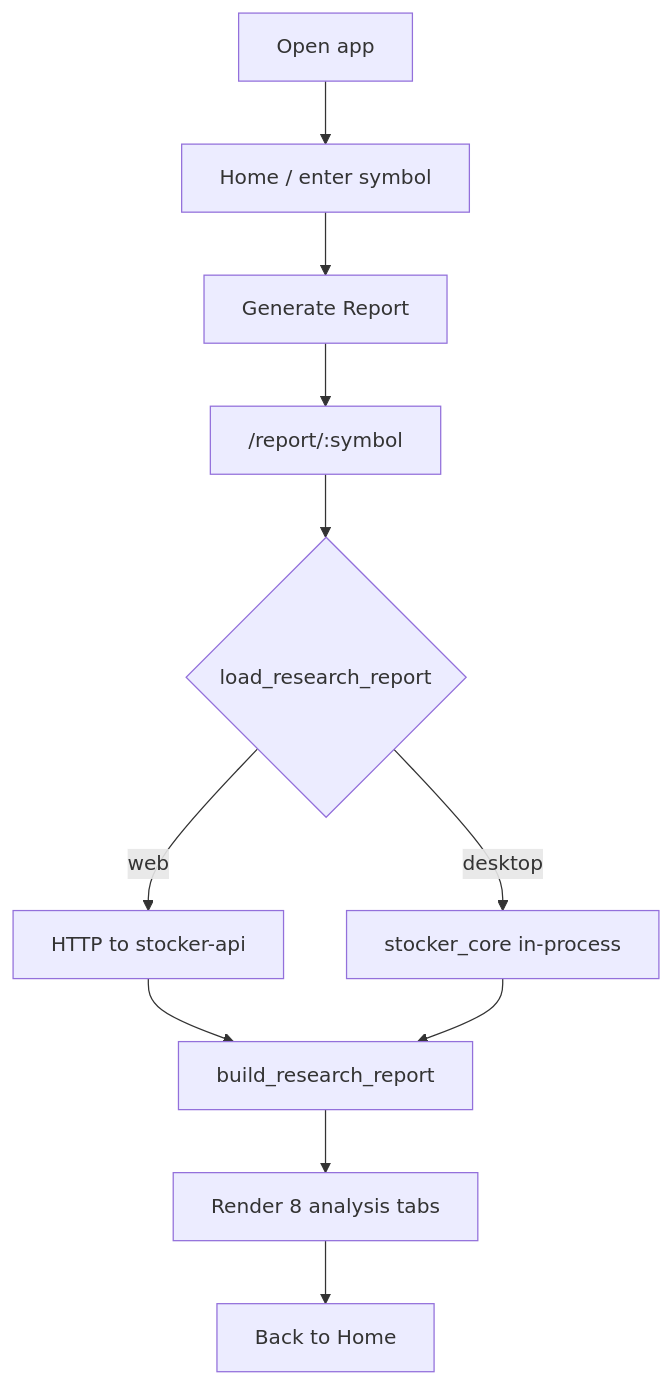
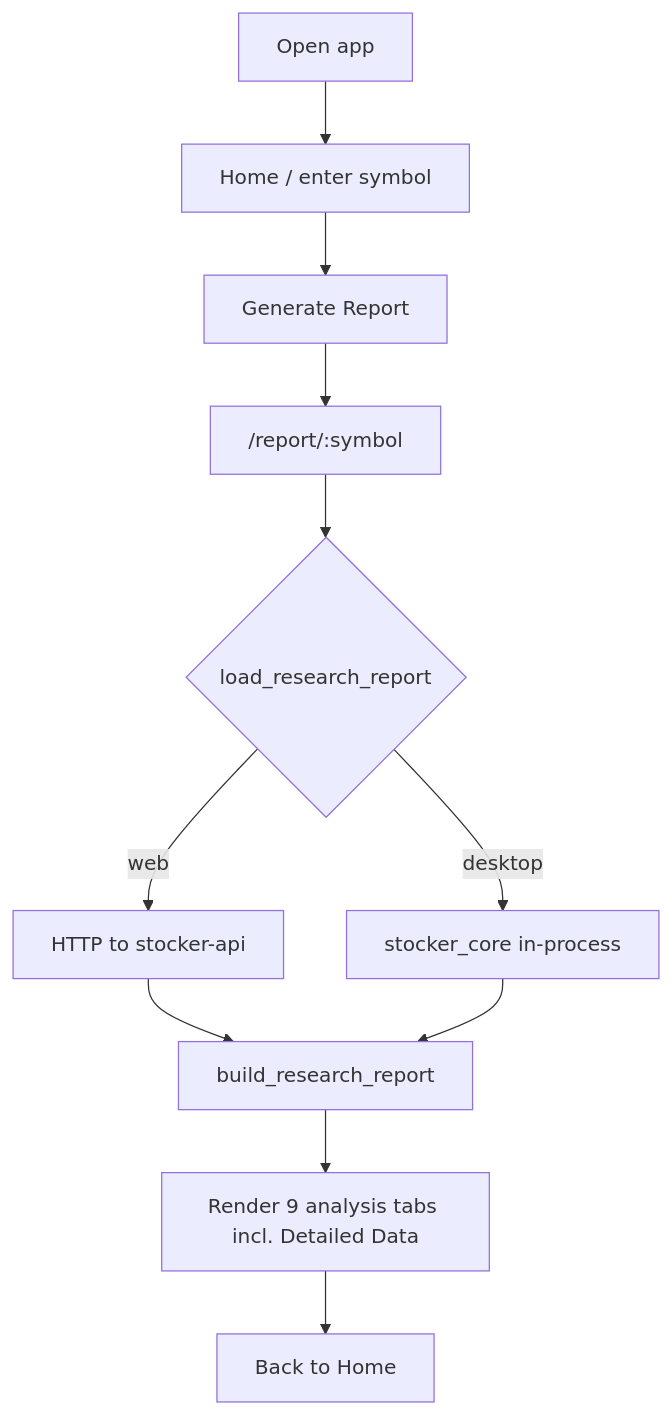
Before and after one commit to devendermishra/stocker: the sixth of 6 diagrams in docs/KNOWLEDGE_GRAPH.md, drawn with Mermaid. The commit also changed other lines of this file and 2 other files, not shown here.

````diff
--- a/docs/KNOWLEDGE_GRAPH.md
+++ b/docs/KNOWLEDGE_GRAPH.md
@@ -251,13 +369,13 @@
 ```mermaid
 flowchart TD
   A[Open app] --> B[Home / enter symbol]
   B --> C[Generate Report]
   C --> D["/report/:symbol"]
   D --> E{load_research_report}
   E -->|web| F[HTTP to stocker-api]
   E -->|desktop| G[stocker_core in-process]
   F --> H[build_research_report]
   G --> H
-  H --> I[Render 8 analysis tabs]
+  H --> I[Render 9 analysis tabs incl. Detailed Data]
   I --> J[Back to Home]
 ```
````
